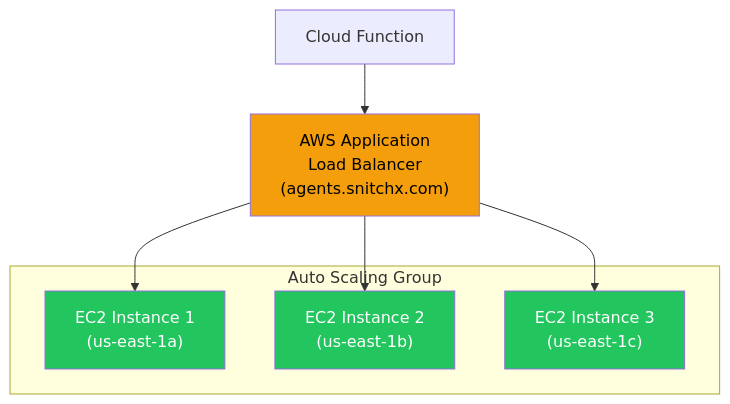
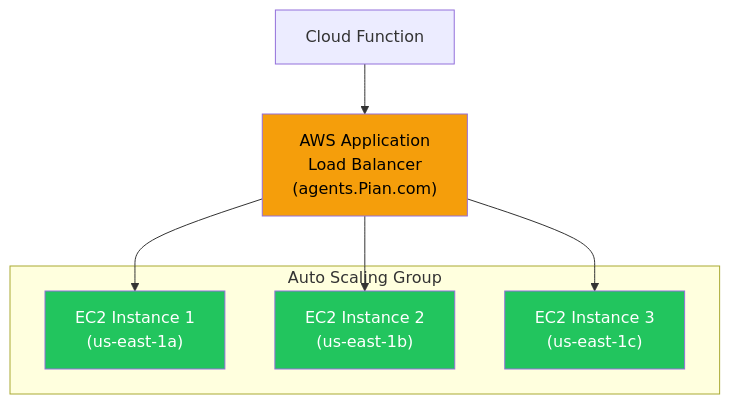
Before and after one commit to AyushGahtori/SaaS-ai: the eighth of 9 diagrams in ai-everyone/Documentation/production_plan.md, drawn with Mermaid. The commit also changed other lines of this file and 47 other files, not shown here.

First line of the commit message:
refactor: rename SnitchX to Pian across the application

````diff
--- a/ai-everyone/Documentation/production_plan.md
+++ b/ai-everyone/Documentation/production_plan.md
@@ -584,18 +584,18 @@
 ```mermaid
 graph TB
-    CF["Cloud Function"] --> ALB["AWS Application<br/>Load Balancer<br/>(agents.snitchx.com)"]
+    CF["Cloud Function"] --> ALB["AWS Application<br/>Load Balancer<br/>(agents.Pian.com)"]
     ALB --> EC2a["EC2 Instance 1<br/>(us-east-1a)"]
     ALB --> EC2b["EC2 Instance 2<br/>(us-east-1b)"]
     ALB --> EC2c["EC2 Instance 3<br/>(us-east-1c)"]
 
     subgraph "Auto Scaling Group"
         EC2a
         EC2b
         EC2c
     end
 
     style ALB fill:#f59e0b,color:#000
     style EC2a fill:#22c55e,color:#fff
     style EC2b fill:#22c55e,color:#fff
     style EC2c fill:#22c55e,color:#fff
 ```
````
